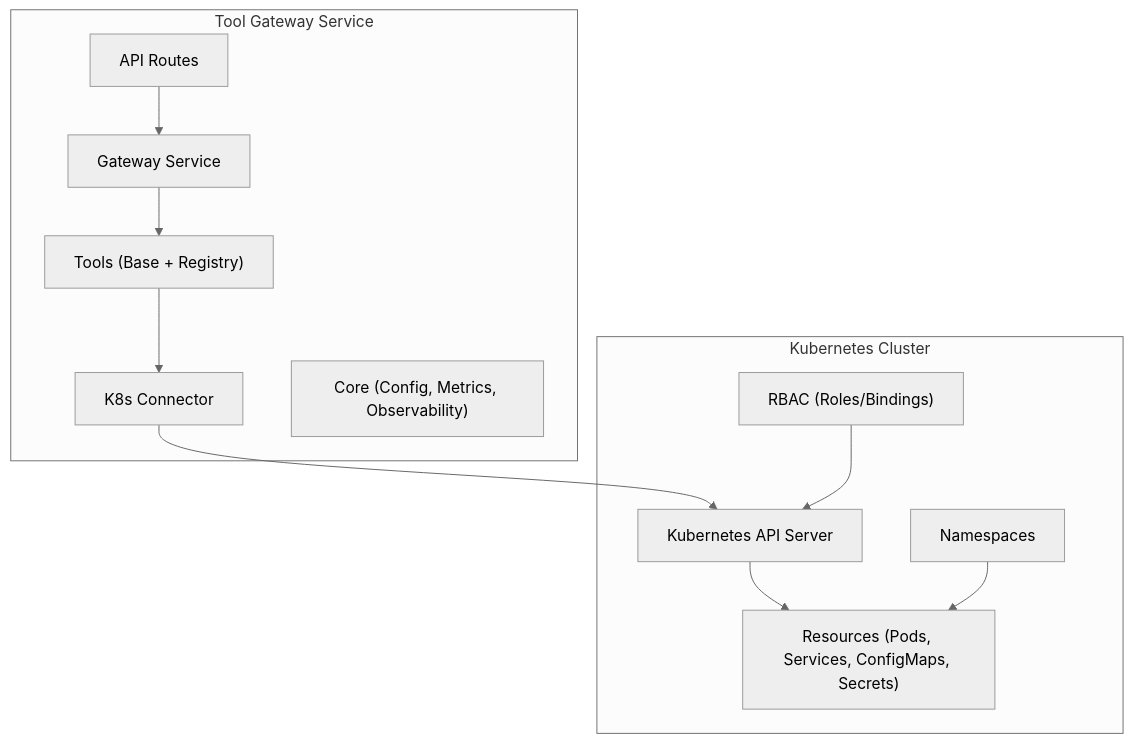
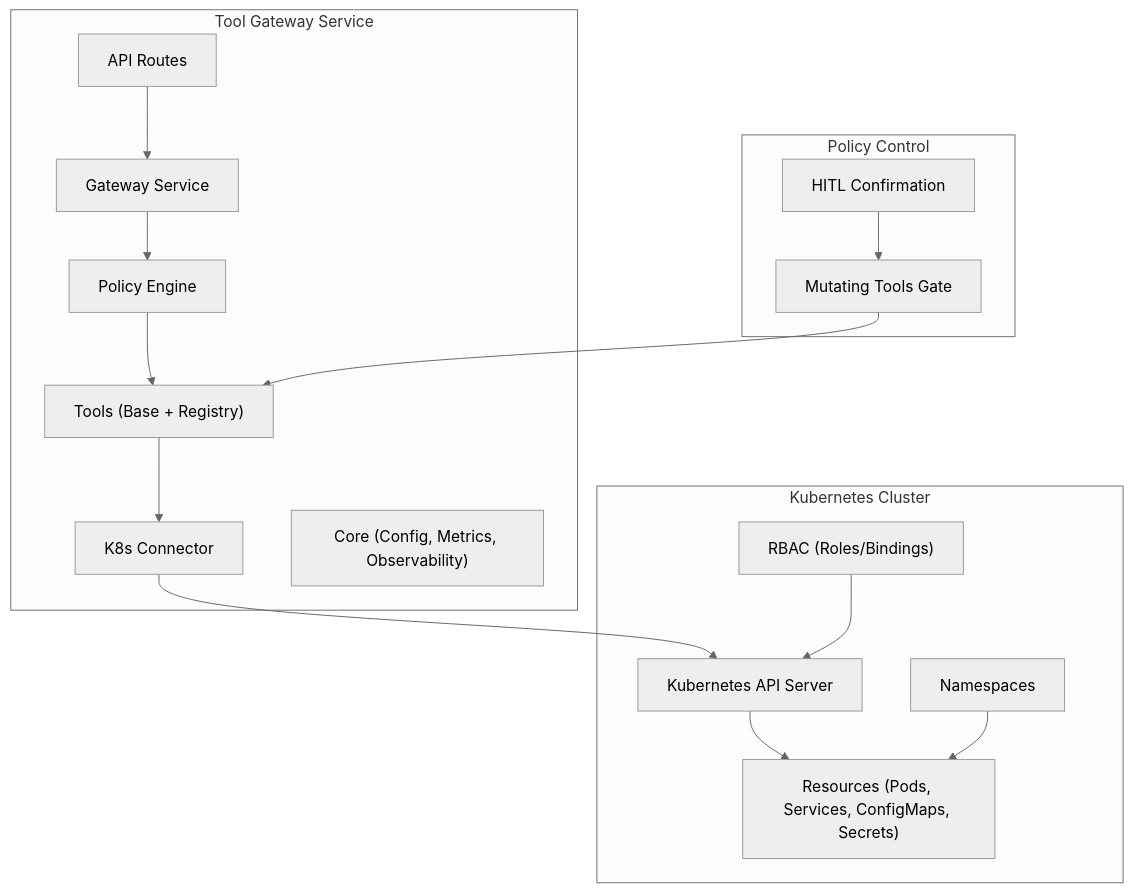
Before and after one commit to metasync/luban-aiops: the first of 7 diagrams in .qoder/repowiki/en/content/Tool Gateway Service/Kubernetes Integration and Resource Management.md, drawn with Mermaid (neutral theme). The commit also changed other lines of this file and 43 other files, not shown here.

````diff
--- a/.qoder/repowiki/en/content/Tool Gateway Service/Kubernetes Integration and Resource Management.md
+++ b/.qoder/repowiki/en/content/Tool Gateway Service/Kubernetes Integration and Resource Management.md
@@ -41,23 +52,31 @@
 ```mermaid
 graph TB
 subgraph "Tool Gateway Service"
 API["API Routes"]
 GW["Gateway Service"]
 Tools["Tools (Base + Registry)"]
 K8S["K8s Connector"]
+Policy["Policy Engine"]
 Core["Core (Config, Metrics, Observability)"]
 end
 subgraph "Kubernetes Cluster"
 APIServer["Kubernetes API Server"]
 NS["Namespaces"]
 RBAC["RBAC (Roles/Bindings)"]
 Res["Resources (Pods, Services, ConfigMaps, Secrets)"]
 end
+subgraph "Policy Control"
+HITL["HITL Confirmation"]
+Mutating["Mutating Tools Gate"]
+end
 API --> GW
-GW --> Tools
+GW --> Policy
+Policy --> Tools
 Tools --> K8S
 K8S --> APIServer
 APIServer --> Res
 RBAC --> APIServer
 NS --> Res
+HITL --> Mutating
+Mutating --> Tools
 ```
````
